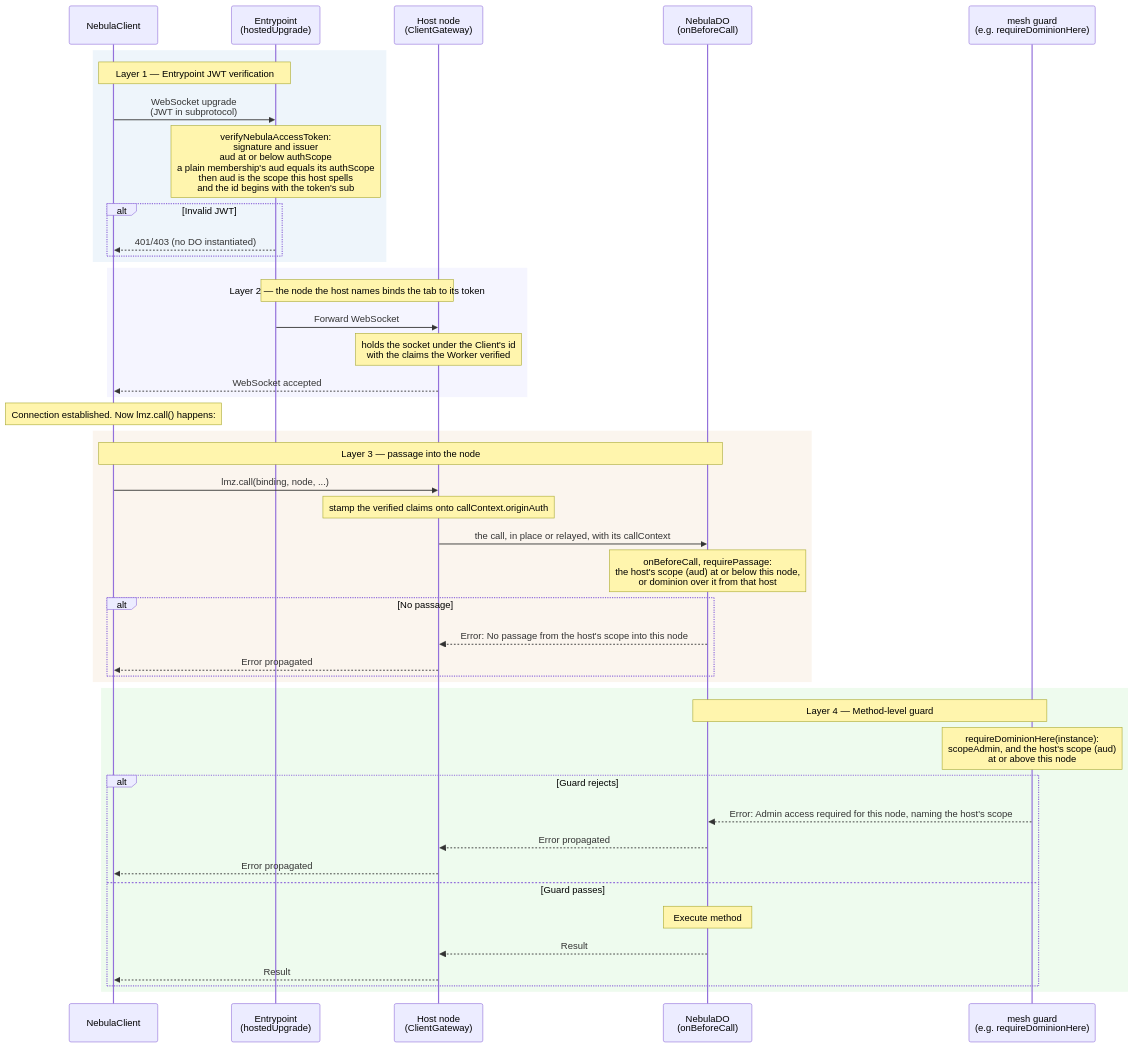
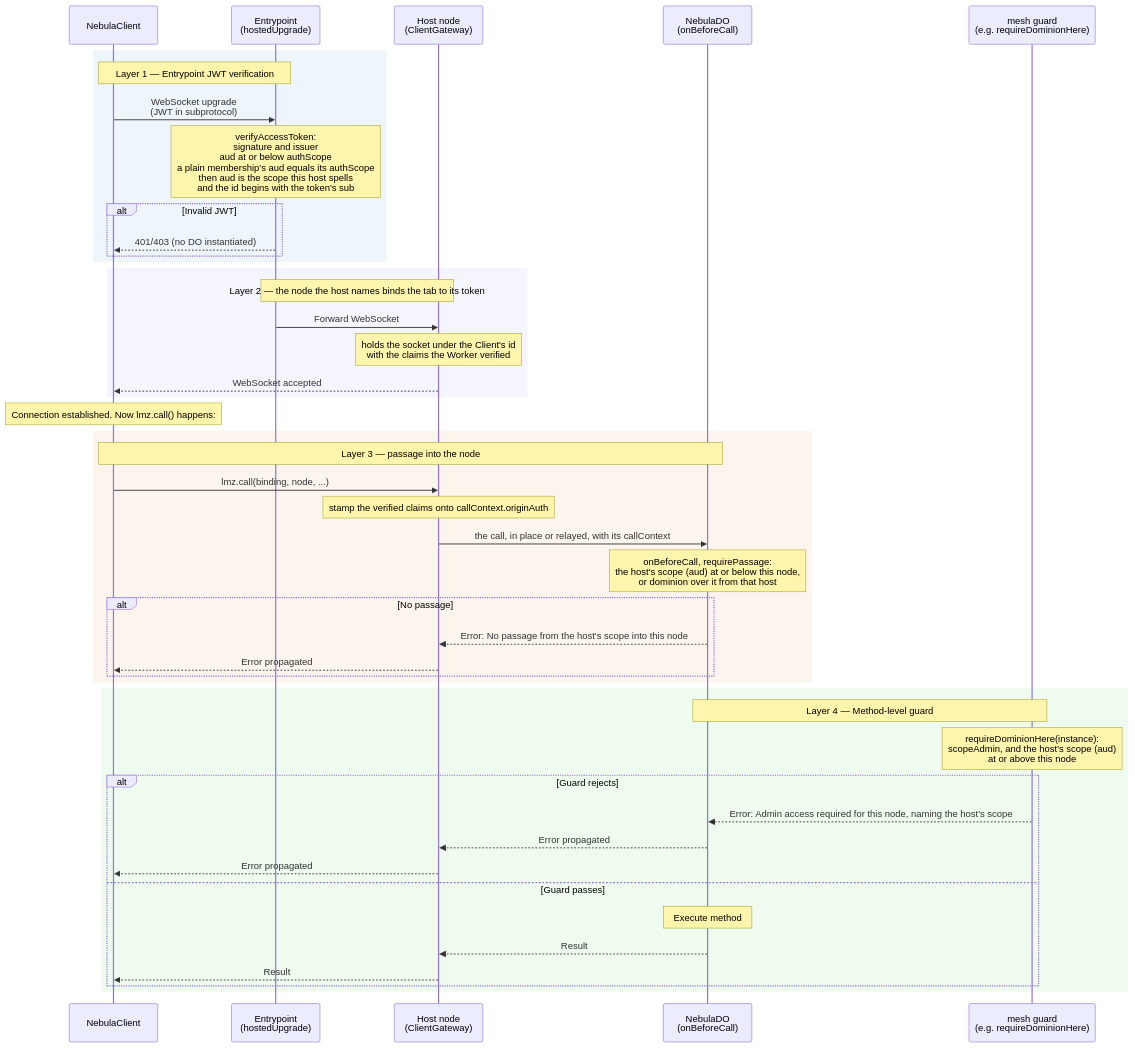
One commit to lumenize/lumenize changed the fourth of 5 diagrams in website/docs/nebula/auth-flows.md. Above: the diagram before and after it, drawn with Mermaid. The commit also changed other lines of this file and 236 other files, not shown here.

First line of the commit message:
mesh: nebula-auth's code lives in Mesh under /auth, with its tests

````diff
--- a/website/docs/nebula/auth-flows.md
+++ b/website/docs/nebula/auth-flows.md
@@ -207,52 +207,52 @@
 ```mermaid
 sequenceDiagram
     participant C as NebulaClient
     participant EP as Entrypoint<br/>(hostedUpgrade)
     participant GW as Host node<br/>(ClientGateway)
     participant DO as NebulaDO<br/>(onBeforeCall)
     participant M as mesh guard<br/>(e.g. requireDominionHere)
 
     rect rgba(200, 220, 240, 0.3)
         Note over C,EP: Layer 1 — Entrypoint JWT verification
         C->>EP: WebSocket upgrade<br/>(JWT in subprotocol)
-        Note over EP: verifyNebulaAccessToken:<br/>signature and issuer<br/>aud at or below authScope<br/>a plain membership's aud equals its authScope<br/>then aud is the scope this host spells<br/>and the id begins with the token's sub
+        Note over EP: verifyAccessToken:<br/>signature and issuer<br/>aud at or below authScope<br/>a plain membership's aud equals its authScope<br/>then aud is the scope this host spells<br/>and the id begins with the token's sub
         alt Invalid JWT
             EP-->>C: 401/403 (no DO instantiated)
         end
     end
 
     rect rgba(220, 220, 255, 0.3)
         Note over EP,GW: Layer 2 — the node the host names binds the tab to its token
         EP->>GW: Forward WebSocket
         Note over GW: holds the socket under the Client's id<br/>with the claims the Worker verified
         GW-->>C: WebSocket accepted
     end
 
     Note over C: Connection established. Now lmz.call() happens:
 
     rect rgba(240, 220, 200, 0.3)
         Note over C,DO: Layer 3 — passage into the node
         C->>GW: lmz.call(binding, node, ...)
         Note over GW: stamp the verified claims onto callContext.originAuth
         GW->>DO: the call, in place or relayed, with its callContext
         Note over DO: onBeforeCall, requirePassage:<br/>the host's scope (aud) at or below this node,<br/>or dominion over it from that host
         alt No passage
             DO-->>GW: Error: No passage from the host's scope into this node
             GW-->>C: Error propagated
         end
     end
 
     rect rgba(200, 240, 200, 0.3)
         Note over DO,M: Layer 4 — Method-level guard
         Note over M: requireDominionHere(instance):<br/>scopeAdmin, and the host's scope (aud)<br/>at or above this node
         alt Guard rejects
             M-->>DO: Error: Admin access required for this node, naming the host's scope
             DO-->>GW: Error propagated
             GW-->>C: Error propagated
         else Guard passes
             Note over DO: Execute method
             DO-->>GW: Result
             GW-->>C: Result
         end
     end
 ```
````
